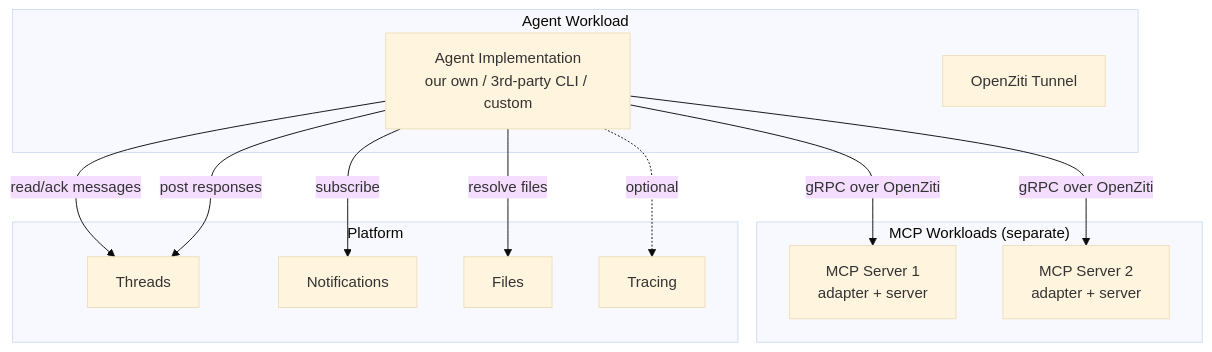
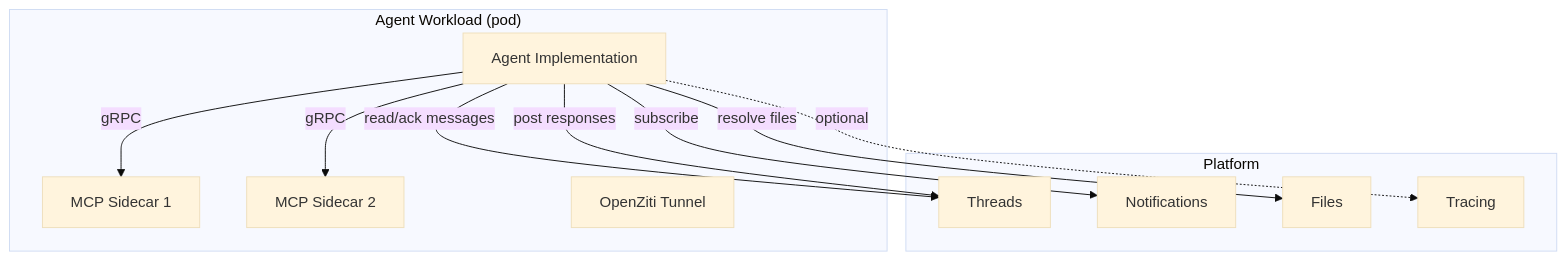
The first of 4 diagrams in architecture/agent/overview.md (agynio/architecture), drawn with Mermaid (base theme) before and after one commit. The commit also changed other lines of this file and 11 other files, not shown here.

First line of the commit message:
MCP servers as sidecars, identity scoped to agentId+threadId (#35)

````diff
--- a/architecture/agent/overview.md
+++ b/architecture/agent/overview.md
@@ -13,27 +13,24 @@
 ```mermaid
 graph TB
-    subgraph "Agent Workload"
-        Impl[Agent Implementation<br/>our own / 3rd-party CLI / custom]
+    subgraph "Agent Workload (pod)"
+        Impl[Agent Implementation]
+        MCP1[MCP Sidecar 1]
+        MCP2[MCP Sidecar 2]
         Ziti[OpenZiti Tunnel]
-    end
-
-    subgraph "MCP Workloads (separate)"
-        MCP1[MCP Server 1<br/>adapter + server]
-        MCP2[MCP Server 2<br/>adapter + server]
+        Impl -->|gRPC| MCP1
+        Impl -->|gRPC| MCP2
     end
 
     subgraph Platform
         Threads
         Notifications
         Files
         Tracing
     end
 
-    Impl -->|gRPC over OpenZiti| MCP1
-    Impl -->|gRPC over OpenZiti| MCP2
     Impl -->|read/ack messages| Threads
     Impl -->|post responses| Threads
     Impl -->|resolve files| Files
     Impl -->|subscribe| Notifications
     Impl -.->|optional| Tracing
 ```
````
